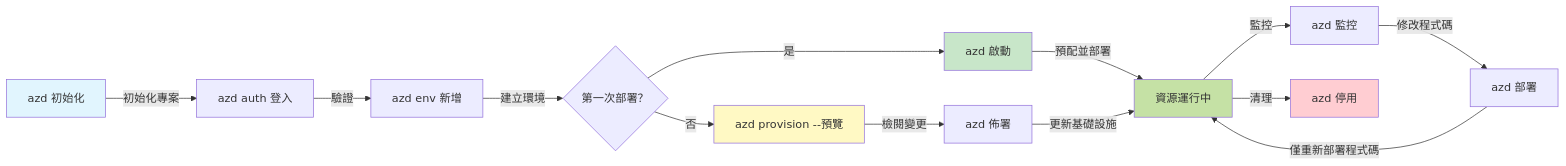
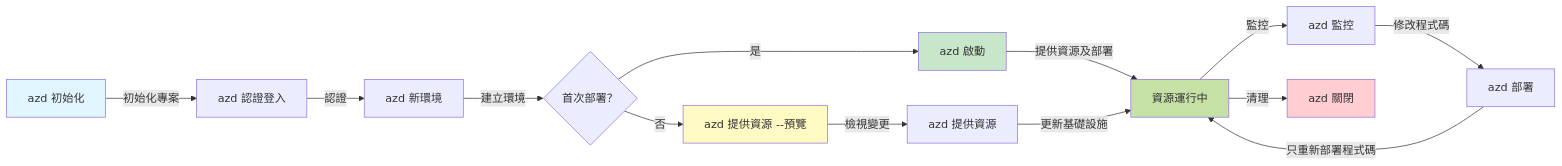
Before and after one commit to microsoft/AZD-for-beginners: the first of 2 diagrams in translations/zh-HK/docs/chapter-01-foundation/azd-basics.md, drawn with Mermaid. The commit also changed other lines of this file and 104 other files, not shown here.

````diff
--- a/translations/zh-HK/docs/chapter-01-foundation/azd-basics.md
+++ b/translations/zh-HK/docs/chapter-01-foundation/azd-basics.md
@@ -269,21 +269,21 @@
 ```mermaid
 graph LR
-    A[azd 初始化] -->|初始化專案| B[azd auth 登入]
-    B -->|驗證| C[azd env 新增]
-    C -->|建立環境| D{第一次部署？}
+    A[azd 初始化] -->|初始化專案| B[azd 認證登入]
+    B -->|認證| C[azd 新環境]
+    C -->|建立環境| D{首次部署？}
     D -->|是| E[azd 啟動]
-    D -->|否| F[azd provision --預覽]
-    F -->|檢閱變更| G[azd 佈署]
-    E -->|預配並部署| H[資源運行中]
+    D -->|否| F[azd 提供資源 --預覽]
+    F -->|檢視變更| G[azd 提供資源]
+    E -->|提供資源及部署| H[資源運行中]
     G -->|更新基礎設施| H
     H -->|監控| I[azd 監控]
     I -->|修改程式碼| J[azd 部署]
-    J -->|僅重新部署程式碼| H
-    H -->|清理| K[azd 停用]
+    J -->|只重新部署程式碼| H
+    H -->|清理| K[azd 關閉]
     
     style A fill:#e1f5fe
     style E fill:#c8e6c9
     style F fill:#fff9c4
     style H fill:#c5e1a5
     style K fill:#ffcdd2
 ```
````
